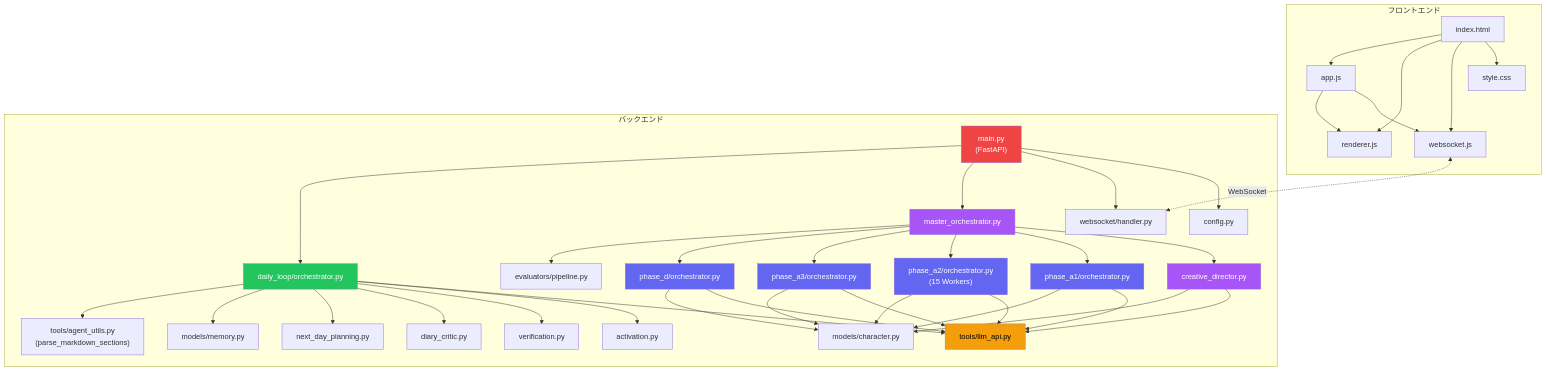
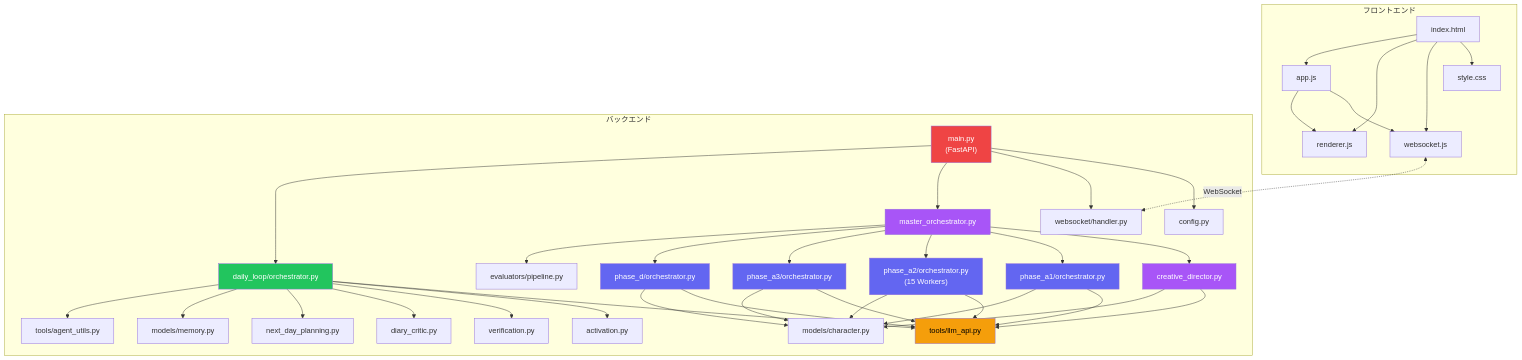
One commit to menma22/AI_character_story_generater changed the diagram in PROJECT.md. Above: the diagram before and after it, drawn with Mermaid. The commit also changed other lines of this file, not shown here.

````diff
--- a/PROJECT.md
+++ b/PROJECT.md
@@ -63,58 +63,58 @@
 ```mermaid
 graph TB
     subgraph "フロントエンド"
         HTML["index.html"] --> CSS["style.css"]
         HTML --> WSClient["websocket.js"]
         HTML --> Renderer["renderer.js"]
         HTML --> App["app.js"]
         App --> WSClient
         App --> Renderer
     end
     
     subgraph "バックエンド"
         Main["main.py<br>(FastAPI)"] --> Config["config.py"]
         Main --> WSHandler["websocket/handler.py"]
         Main --> MO["master_orchestrator.py"]
         Main --> DLO["daily_loop/orchestrator.py"]
         
         MO --> CD["creative_director.py"]
         MO --> PA1["phase_a1/orchestrator.py"]
         MO --> PA2["phase_a2/orchestrator.py<br>(15 Workers)"]
         MO --> PA3["phase_a3/orchestrator.py"]
         MO --> PD["phase_d/orchestrator.py"]
         MO --> EVAL["evaluators/pipeline.py"]
         
         CD --> LLM["tools/llm_api.py"]
         PA1 --> LLM
         PA2 --> LLM
         PA3 --> LLM
         PD --> LLM
         DLO --> LLM
         
         DLO --> ACT["activation.py"]
         DLO --> VER["verification.py"]
         DLO --> CRITIC["diary_critic.py"]
         DLO --> NEXT["next_day_planning.py"]
         
         CD --> Models["models/character.py"]
         PA1 --> Models
         PA2 --> Models
         PA3 --> Models
         PD --> Models
         DLO --> Memory["models/memory.py"]
         
-        DLO --> Utils["tools/agent_utils.py<br>(parse_markdown_sections)"]
+        DLO --> Utils["tools/agent_utils.py"]
     end
 
     WSClient <-.->|"WebSocket"| WSHandler
     
     style CD fill:#a855f7,color:#fff
     style MO fill:#a855f7,color:#fff
     style PA1 fill:#6366f1,color:#fff
     style PA2 fill:#6366f1,color:#fff
     style PA3 fill:#6366f1,color:#fff
     style PD fill:#6366f1,color:#fff
     style DLO fill:#22c55e,color:#fff
     style LLM fill:#f59e0b,color:#000
     style Main fill:#ef4444,color:#fff
 ```
````
